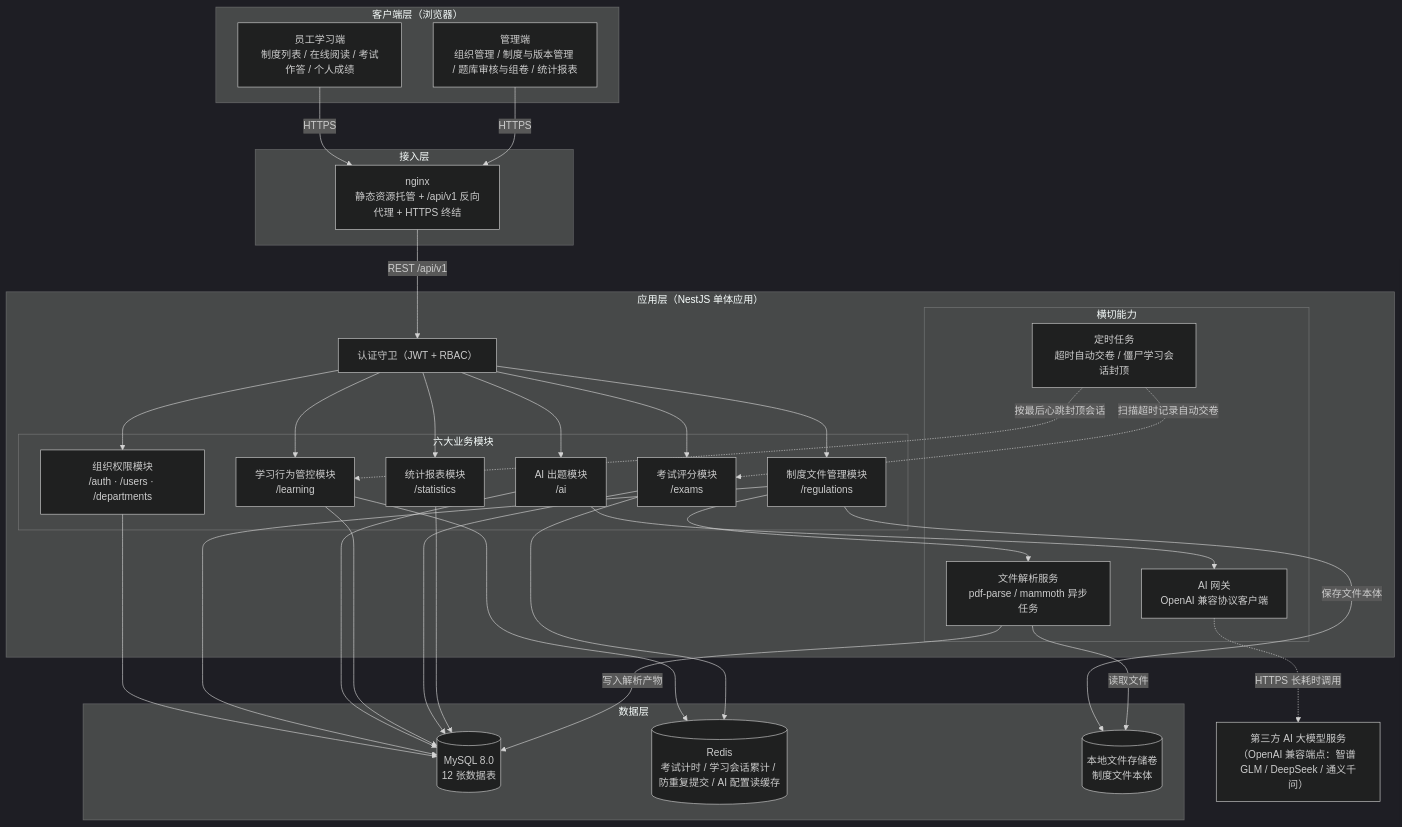
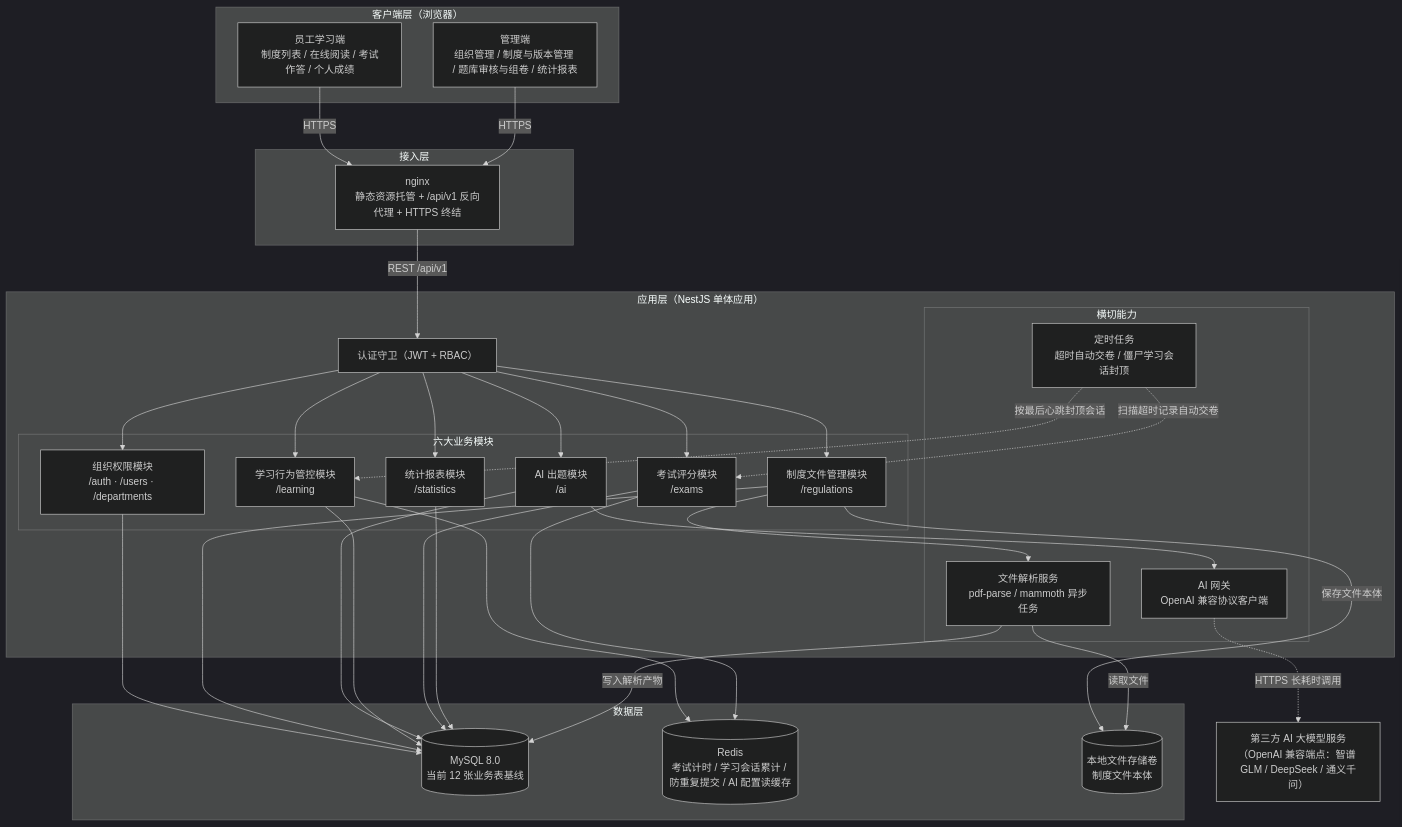
The first of 2 diagrams in docs/design/02-系统架构.md (caoguanjie/emodor-exam), drawn with Mermaid (dark theme) before and after one commit. The commit also changed other lines of this file and 9 other files, not shown here.

````diff
--- a/docs/design/02-系统架构.md
+++ b/docs/design/02-系统架构.md
@@ -36,62 +38,62 @@
 ```mermaid
 graph TD
     subgraph CL["客户端层（浏览器）"]
         E["员工学习端<br/>制度列表 / 在线阅读 / 考试作答 / 个人成绩"]
         M["管理端<br/>组织管理 / 制度与版本管理 / 题库审核与组卷 / 统计报表"]
     end
 
     subgraph NL["接入层"]
         NGX["nginx<br/>静态资源托管 + /api/v1 反向代理 + HTTPS 终结"]
     end
 
     subgraph AL["应用层（NestJS 单体应用）"]
         GA["认证守卫（JWT + RBAC）"]
         subgraph BIZ["六大业务模块"]
             M1["组织权限模块<br/>/auth · /users · /departments"]
             M2["制度文件管理模块<br/>/regulations"]
             M3["AI 出题模块<br/>/ai"]
             M4["学习行为管控模块<br/>/learning"]
             M5["考试评分模块<br/>/exams"]
             M6["统计报表模块<br/>/statistics"]
         end
         subgraph XC["横切能力"]
             FP["文件解析服务<br/>pdf-parse / mammoth 异步任务"]
             AG["AI 网关<br/>OpenAI 兼容协议客户端"]
             SCH["定时任务<br/>超时自动交卷 / 僵尸学习会话封顶"]
         end
     end
 
     subgraph DL["数据层"]
-        DB[("MySQL 8.0<br/>12 张数据表")]
+        DB[("MySQL 8.0<br/>当前 12 张业务表基线")]
         RD[("Redis<br/>考试计时 / 学习会话累计 / 防重复提交 / AI 配置读缓存")]
         FS[("本地文件存储卷<br/>制度文件本体")]
     end
 
     EXT["第三方 AI 大模型服务<br/>（OpenAI 兼容端点：智谱 GLM / DeepSeek / 通义千问）"]
 
     E -->|"HTTPS"| NGX
     M -->|"HTTPS"| NGX
     NGX -->|"REST /api/v1"| GA
     GA --> M1
     GA --> M2
     GA --> M3
     GA --> M4
     GA --> M5
     GA --> M6
     M2 --> FP
     M3 --> AG
     SCH -.->|"扫描超时记录自动交卷"| M5
     SCH -.->|"按最后心跳封顶会话"| M4
     M1 --> DB
     M2 --> DB
     M3 --> DB
     M4 --> DB
     M5 --> DB
     M6 --> DB
     M4 --> RD
     M5 --> RD
     M2 -->|"保存文件本体"| FS
     FP -->|"读取文件"| FS
     FP -->|"写入解析产物"| DB
     AG -.->|"HTTPS 长耗时调用"| EXT
 ```
````
